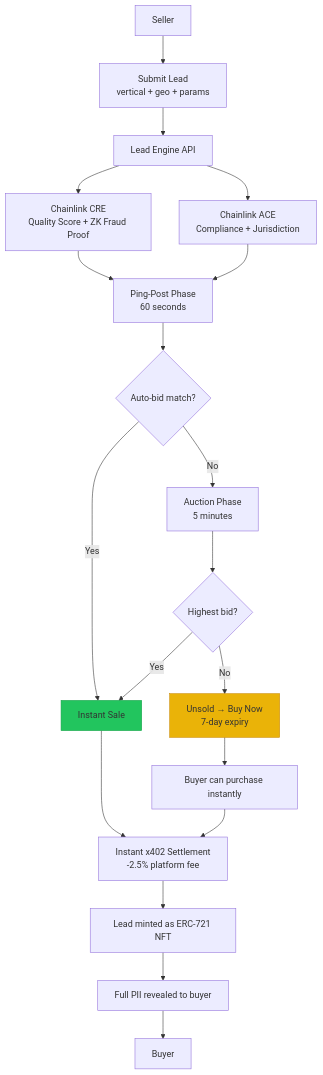
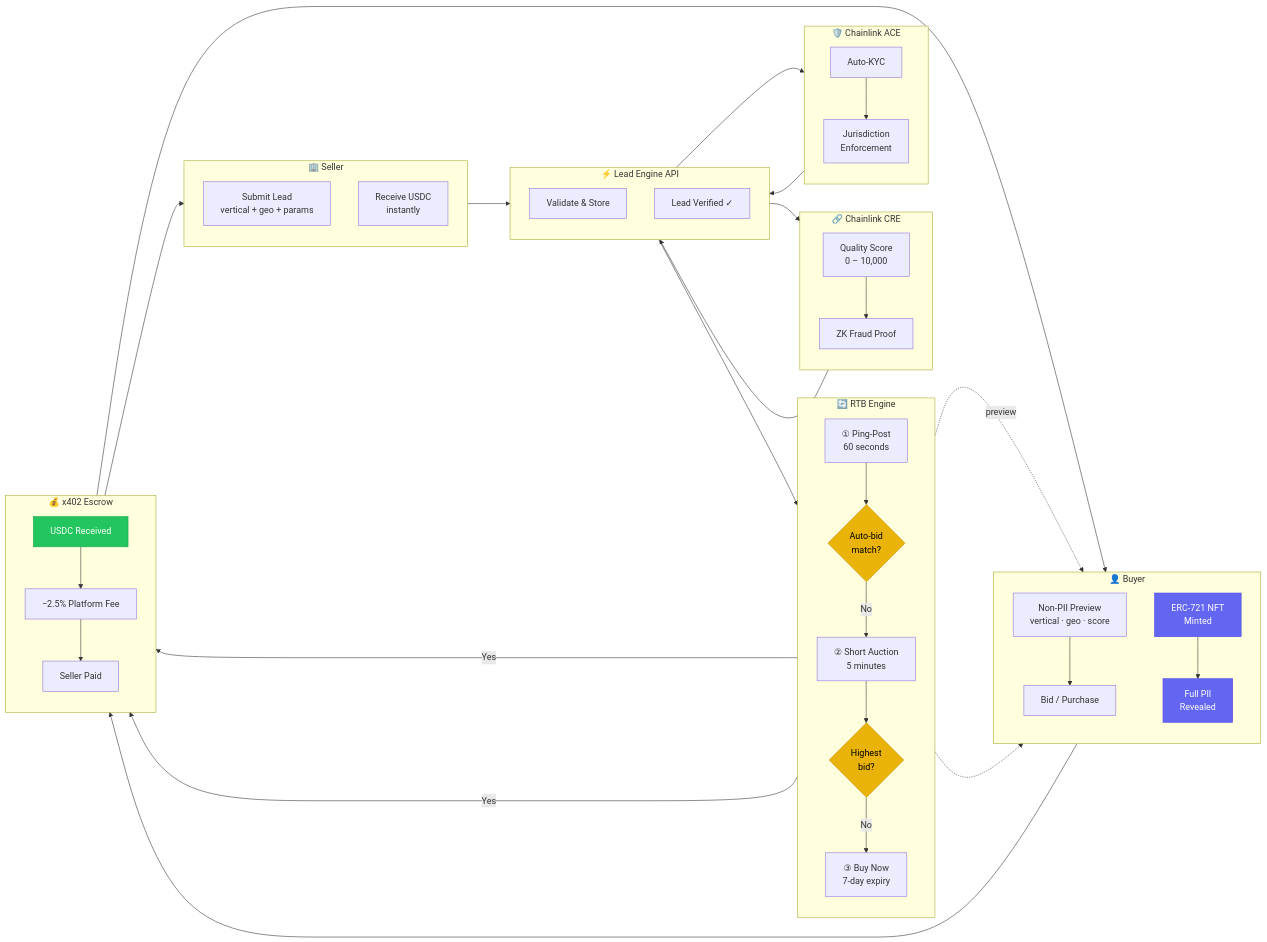
The first of 2 diagrams in README.md (bnmbnmai/lead-engine-cre), drawn with Mermaid before and after one commit. The commit also changed other lines of this file and 8 other files, not shown here.

First line of the commit message:
feat: seller conversion tracking (pixel + webhook) + swimlane diagram

````diff
--- a/README.md
+++ b/README.md
@@ -50,29 +50,79 @@
 ```mermaid
-flowchart TD
-    A[Seller] --> B[Submit Lead<br/>vertical + geo + params]
-    B --> C[Lead Engine API]
-    
-    C --> D[Chainlink CRE<br/>Quality Score + ZK Fraud Proof]
-    C --> E[Chainlink ACE<br/>Compliance + Jurisdiction]
-    
-    D & E --> F[Ping-Post Phase<br/>60 seconds]
-    
-    F --> G{Auto-bid match?}
-    G -->|Yes| H[Instant Sale]
-    G -->|No| I[Auction Phase<br/>5 minutes]
-    
-    I --> J{Highest bid?}
-    J -->|Yes| H
-    J -->|No| K[Unsold → Buy Now<br/>7-day expiry]
-    
-    H --> L[Instant x402 Settlement<br/>-2.5% platform fee]
-    L --> M[Lead minted as ERC-721 NFT]
-    M --> N[Full PII revealed to buyer]
-    N --> O[Buyer]
-    
-    K --> P[Buyer can purchase instantly]
-    P --> L
-    
-    style H fill:#22c55e,stroke:#16a34a
-    style K fill:#eab308,stroke:#ca8a04
+flowchart LR
+    subgraph seller["🏢 Seller"]
+        direction TB
+        s1["Submit Lead<br/>vertical + geo + params"]
+        s2["Receive USDC<br/>instantly"]
+    end
+
+    subgraph api["⚡ Lead Engine API"]
+        direction TB
+        a1["Validate & Store"]
+        a2["Lead Verified ✓"]
+    end
+
+    subgraph cre["🔗 Chainlink CRE"]
+        direction TB
+        c1["Quality Score<br/>0 – 10,000"]
+        c2["ZK Fraud Proof"]
+        c1 --> c2
+    end
+
+    subgraph ace["🛡️ Chainlink ACE"]
+        direction TB
+        ac1["Auto-KYC"]
+        ac2["Jurisdiction<br/>Enforcement"]
+        ac1 --> ac2
+    end
+
+    subgraph rtb["🔄 RTB Engine"]
+        direction TB
+        r1["① Ping-Post<br/>60 seconds"]
+        r2{"Auto-bid<br/>match?"}
+        r3["② Short Auction<br/>5 minutes"]
+        r4{"Highest<br/>bid?"}
+        r5["③ Buy Now<br/>7-day expiry"]
+        r1 --> r2
+        r2 -->|No| r3
+        r3 --> r4
+        r4 -->|No| r5
+    end
+
+    subgraph buyer["👤 Buyer"]
+        direction TB
+        b1["Non-PII Preview<br/>vertical · geo · score"]
+        b2["Bid / Purchase"]
+        b3["ERC-721 NFT<br/>Minted"]
+        b4["Full PII<br/>Revealed"]
+        b1 --> b2
+        b3 --> b4
+    end
+
+    subgraph escrow["💰 x402 Escrow"]
+        direction TB
+        e1["USDC Received"]
+        e2["−2.5% Platform Fee"]
+        e3["Seller Paid"]
+        e1 --> e2 --> e3
+    end
+
+    s1 --> a1
+    a1 --> c1
+    a1 --> ac1
+    c2 --> a2
+    ac2 --> a2
+    a2 --> r1
+    r1 -.->|preview| b1
+    r2 -->|"Yes"| e1
+    r4 -->|"Yes"| e1
+    r5 -.-> b2
+    b2 --> e1
+    e1 --> b3
+    e3 --> s2
+
+    style r2 fill:#eab308,stroke:#ca8a04,color:#000
+    style r4 fill:#eab308,stroke:#ca8a04,color:#000
+    style e1 fill:#22c55e,stroke:#16a34a,color:#fff
+    style b3 fill:#6366f1,stroke:#4f46e5,color:#fff
+    style b4 fill:#6366f1,stroke:#4f46e5,color:#fff
 ```
````
